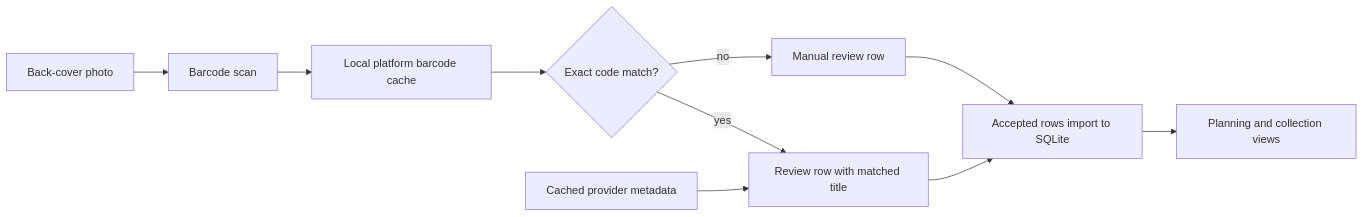
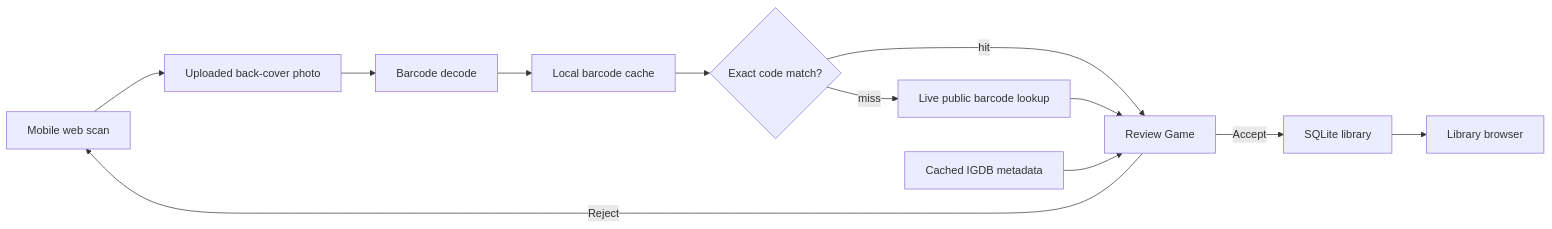
Before and after one commit to connectjeff/game-collection: the diagram in docs/architecture.md, drawn with Mermaid. The commit also changed other lines of this file and 19 other files, not shown here.

Commit message:
Clean up web-only game collection workflow

````diff
--- a/docs/architecture.md
+++ b/docs/architecture.md
@@ -18,12 +19,14 @@
 ```mermaid
 flowchart LR
-    A["Back-cover photo"] --> B["Barcode scan"]
-    B --> C["Local platform barcode cache"]
-    C --> D{"Exact code match?"}
-    D -->|yes| E["Review row with matched title"]
-    D -->|no| F["Manual review row"]
-    G["Cached provider metadata"] --> E
-    E --> H["Accepted rows import to SQLite"]
-    F --> H
-    H --> I["Planning and collection views"]
+    A["Mobile web scan"] --> B["Uploaded back-cover photo"]
+    B --> C["Barcode decode"]
+    C --> D["Local barcode cache"]
+    D --> E{"Exact code match?"}
+    E -->|miss| F["Live public barcode lookup"]
+    E -->|hit| G["Review Game"]
+    F --> G
+    H["Cached IGDB metadata"] --> G
+    G -->|Accept| I["SQLite library"]
+    G -->|Reject| A
+    I --> J["Library browser"]
 ```
````
